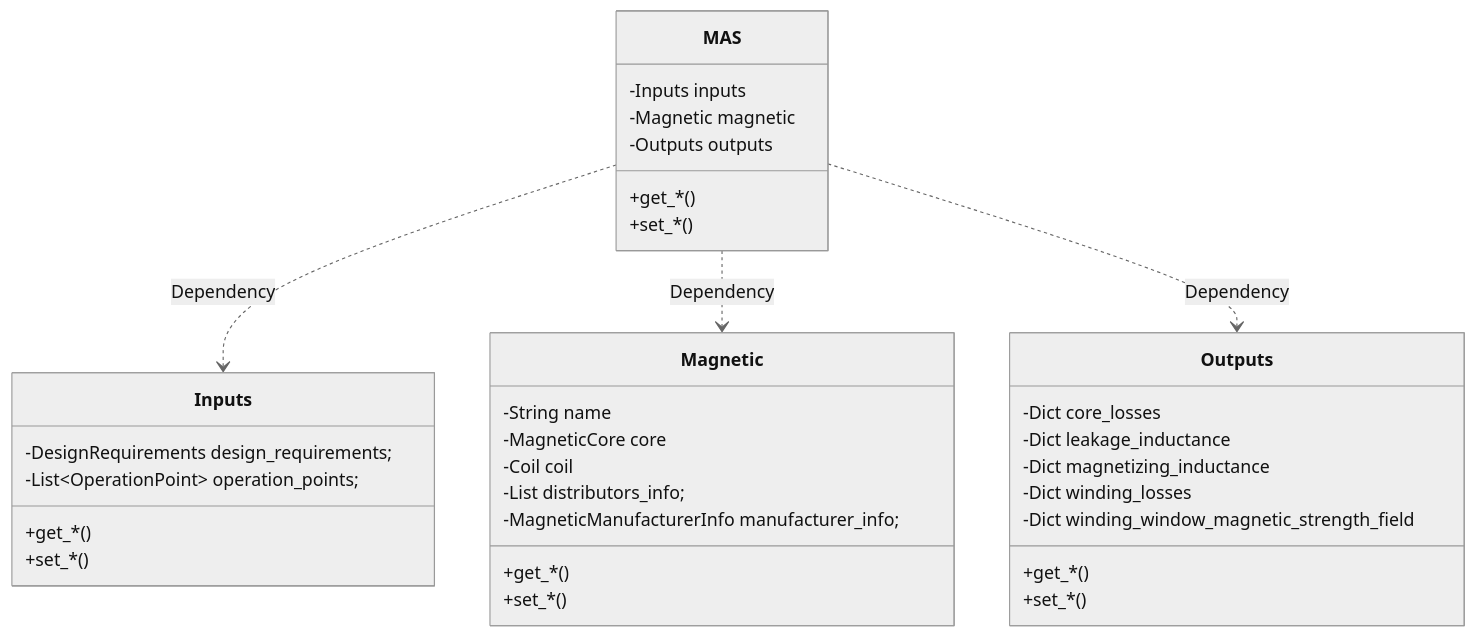
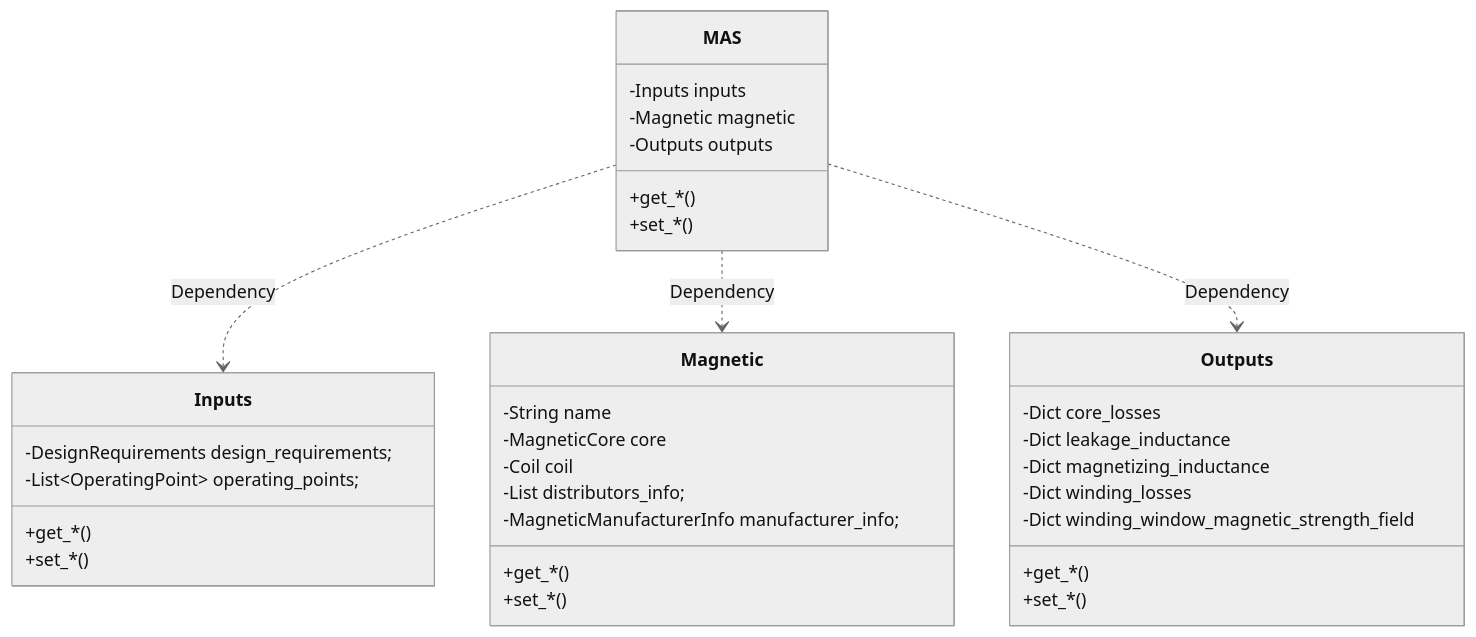
One commit to OpenMagnetics/MAS changed the diagram in README.md. Above: the diagram before and after it, drawn with Mermaid (neutral theme). The commit also changed other lines of this file and 12 other files, not shown here.

Commit message:
Renamed Operation to Operating, and EletromagneticParameter to SignalDescriptor

````diff
--- a/README.md
+++ b/README.md
@@ -31,49 +31,49 @@
 ```mermaid
 classDiagram
 
 class MAS {
     
     -Inputs inputs
     -Magnetic magnetic
     -Outputs outputs
 
     +get_*()
     +set_*()   
 }
 MAS ..> Inputs : Dependency
 MAS ..> Magnetic : Dependency
 MAS ..> Outputs : Dependency
 
 class Inputs {
     
     -DesignRequirements design_requirements;
-    -List~OperationPoint~ operation_points;
+    -List~OperatingPoint~ operating_points;
 
     +get_*()
     +set_*()    
 }
 
 class Magnetic {
     
     -String name
     -MagneticCore core
     -Coil coil
     -List<DistributorInfo> distributors_info;
     -MagneticManufacturerInfo manufacturer_info;
 
     +get_*()
     +set_*()
 }
 
 class Outputs {
     -Dict core_losses
     -Dict leakage_inductance
     -Dict magnetizing_inductance
     -Dict winding_losses
     -Dict winding_window_magnetic_strength_field
 
     +get_*()
     +set_*()
 }
 
 ```
````
